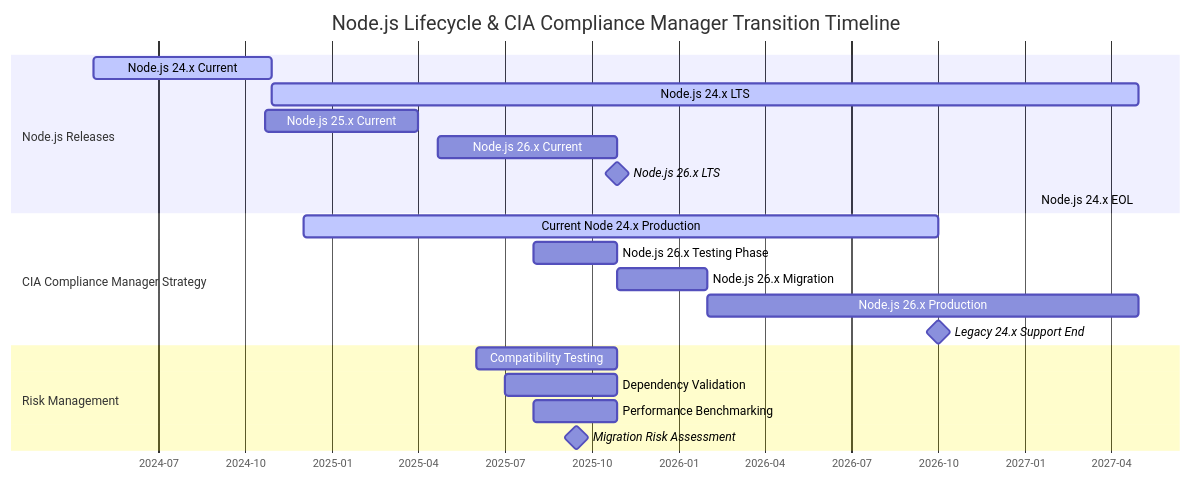
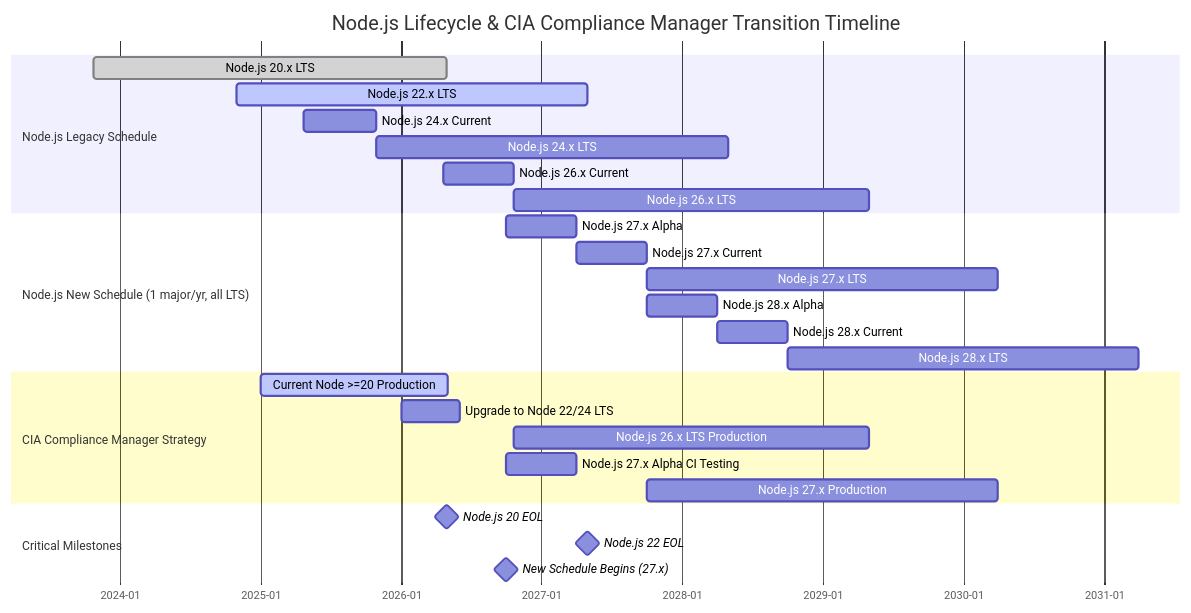
The second of 9 diagrams in docs/End-of-Life-Strategy.md (Hack23/cia-compliance-manager), drawn with Mermaid before and after one commit. The commit also changed other lines of this file, not shown here.

First line of the commit message:
Update End-of-Life-Strategy.md with new Node.js schedule, updated tech versions, and ISMS alignment

````diff
--- a/docs/End-of-Life-Strategy.md
+++ b/docs/End-of-Life-Strategy.md
@@ -188,27 +168,34 @@
 ```mermaid
 gantt
     title Node.js Lifecycle & CIA Compliance Manager Transition Timeline
     dateFormat YYYY-MM-DD
     axisFormat %Y-%m
 
-    section Node.js Releases
-    Node.js 24.x Current    :active, node24, 2024-04-24, 2024-10-29
-    Node.js 24.x LTS        :active, node24lts, 2024-10-29, 2027-04-30
-    Node.js 25.x Current    :node25, 2024-10-22, 2025-04-01
-    Node.js 26.x Current    :node26, 2025-04-22, 2025-10-28
-    Node.js 26.x LTS        :milestone, node26lts, 2025-10-28, 0d
-    Node.js 24.x EOL        :crit, node24eol, 2027-04-30, 0d
+    section Node.js Legacy Schedule
+    Node.js 20.x LTS           :done, node20lts, 2023-10-24, 2026-04-30
+    Node.js 22.x LTS           :active, node22lts, 2024-10-29, 2027-04-30
+    Node.js 24.x Current       :node24cur, 2025-04-22, 2025-10-28
+    Node.js 24.x LTS           :node24lts, 2025-10-28, 2028-04-30
+    Node.js 26.x Current       :node26cur, 2026-04-21, 2026-10-20
+    Node.js 26.x LTS           :node26lts, 2026-10-20, 2029-04-30
+
+    section Node.js New Schedule (1 major/yr, all LTS)
+    Node.js 27.x Alpha         :node27a, 2026-10-01, 2027-03-31
+    Node.js 27.x Current       :node27cur, 2027-04-01, 2027-10-01
+    Node.js 27.x LTS           :node27lts, 2027-10-01, 2030-04-01
+    Node.js 28.x Alpha         :node28a, 2027-10-01, 2028-03-31
+    Node.js 28.x Current       :node28cur, 2028-04-01, 2028-10-01
+    Node.js 28.x LTS           :node28lts, 2028-10-01, 2031-04-01
 
     section CIA Compliance Manager Strategy
-    Current Node 24.x Production :active, cm24prod, 2024-12-01, 2026-10-01
-    Node.js 26.x Testing Phase   :cm26test, 2025-08-01, 2025-10-28
-    Node.js 26.x Migration       :cm26mig, 2025-10-28, 2026-01-31
-    Node.js 26.x Production      :prod26, 2026-01-31, 2027-04-30
-    Legacy 24.x Support End      :milestone, legacy24end, 2026-10-01, 0d
+    Current Node >=20 Production :active, cmcurrent, 2025-01-01, 2026-05-01
+    Upgrade to Node 22/24 LTS    :cmupgrade, 2026-01-01, 2026-06-01
+    Node.js 26.x LTS Production  :cm26prod, 2026-10-20, 2029-04-30
+    Node.js 27.x Alpha CI Testing:cm27alpha, 2026-10-01, 2027-04-01
+    Node.js 27.x Production      :cm27prod, 2027-10-01, 2030-04-01
 
-    section Risk Management
-    Compatibility Testing       :compat, 2025-06-01, 2025-10-28
-    Dependency Validation       :deps, 2025-07-01, 2025-10-28
-    Performance Benchmarking    :perf, 2025-08-01, 2025-10-28
-    Migration Risk Assessment    :milestone, riskassess, 2025-09-15, 0d
+    section Critical Milestones
+    Node.js 20 EOL             :milestone, node20eol, 2026-04-30, 0d
+    Node.js 22 EOL             :milestone, node22eol, 2027-04-30, 0d
+    New Schedule Begins (27.x) :milestone, newschedule, 2026-10-01, 0d
 ```
````
